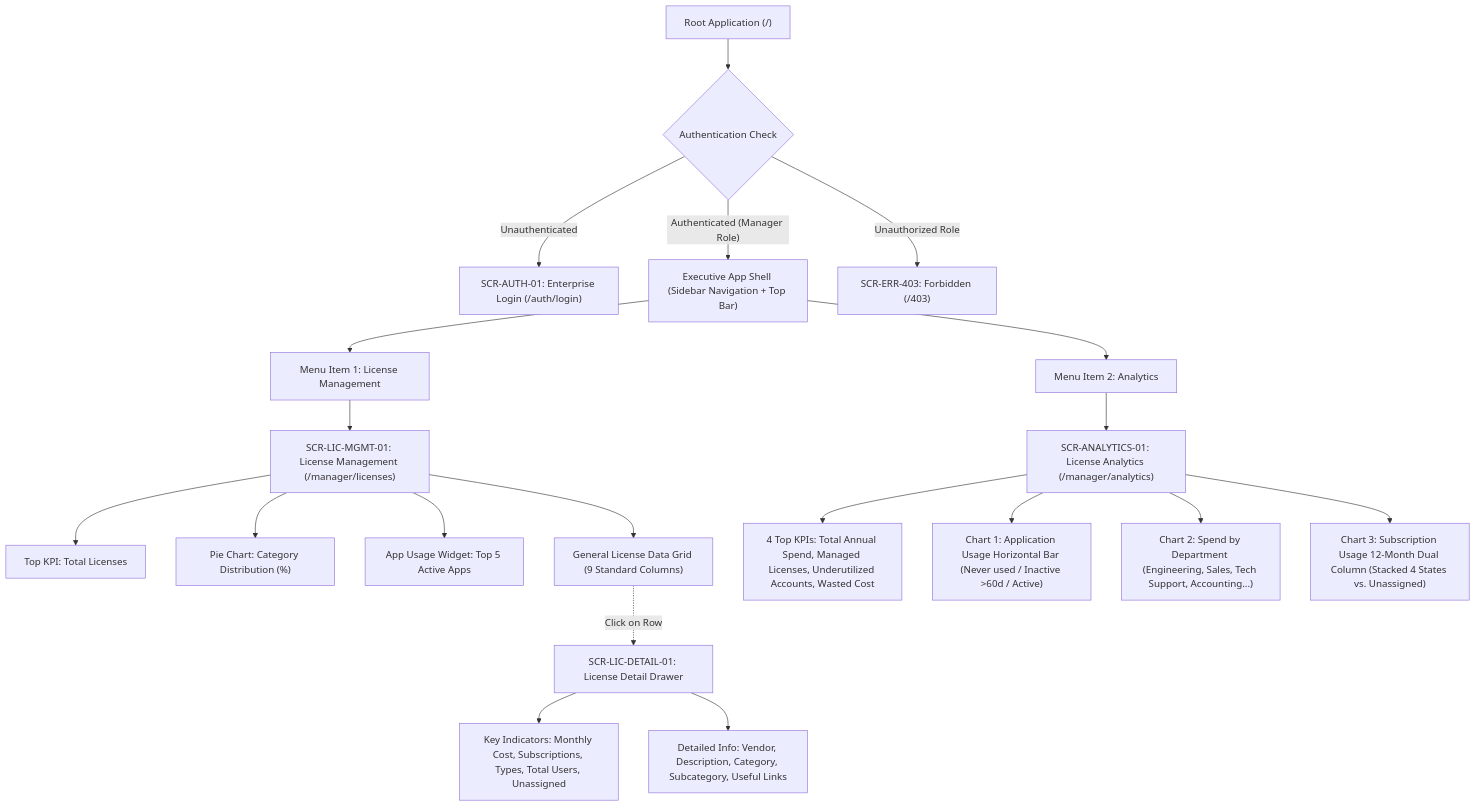
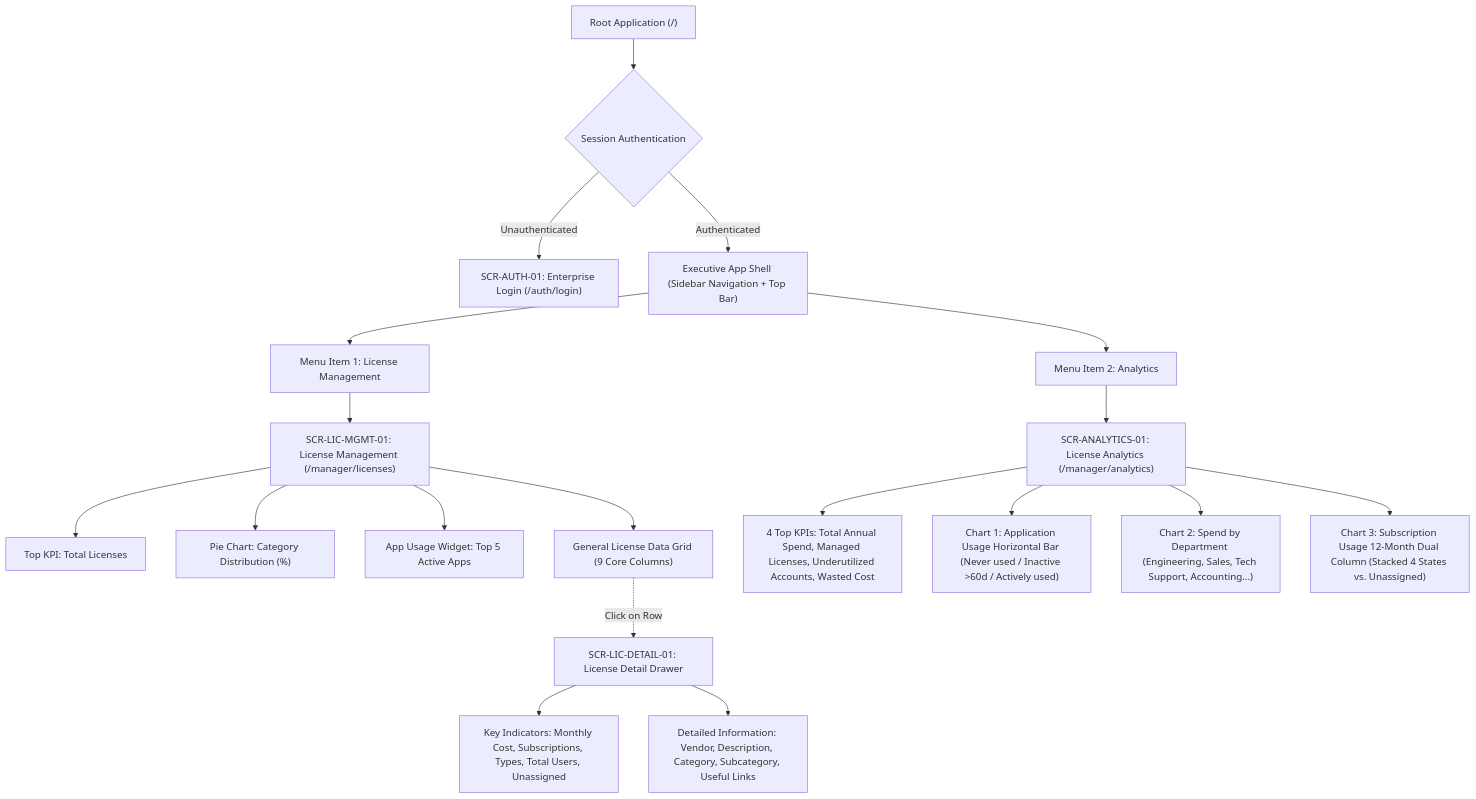
One commit to cuonglpv/VFast changed the first of 2 diagrams in docs/04-information-architecture-manager.md. Above: the diagram before and after it, drawn with Mermaid. The commit also changed other lines of this file, not shown here.

Commit message:
docs: translate information architecture to English and remove RBAC

````diff
--- a/docs/04-information-architecture-manager.md
+++ b/docs/04-information-architecture-manager.md
@@ -61,26 +59,25 @@
 ```mermaid
 flowchart TD
-    Root["Root Application (/)"] --> AuthCheck{"Authentication Check"}
+    Root["Root Application (/)"] --> AuthCheck{"Session Authentication"}
     AuthCheck -->|"Unauthenticated"| SCR_AUTH["SCR-AUTH-01: Enterprise Login (/auth/login)"]
-    AuthCheck -->|"Authenticated (Manager Role)"| Shell["Executive App Shell (Sidebar Navigation + Top Bar)"]
-    AuthCheck -->|"Unauthorized Role"| SCR_403["SCR-ERR-403: Forbidden (/403)"]
+    AuthCheck -->|"Authenticated"| Shell["Executive App Shell (Sidebar Navigation + Top Bar)"]
 
     Shell --> Nav1["Menu Item 1: License Management"]
     Shell --> Nav2["Menu Item 2: Analytics"]
 
     Nav1 --> SCR_LIC_MGMT["SCR-LIC-MGMT-01: License Management (/manager/licenses)"]
     SCR_LIC_MGMT --> Sub_KPI1["Top KPI: Total Licenses"]
     SCR_LIC_MGMT --> Sub_Pie["Pie Chart: Category Distribution (%)"]
     SCR_LIC_MGMT --> Sub_Top5["App Usage Widget: Top 5 Active Apps"]
-    SCR_LIC_MGMT --> Sub_Table["General License Data Grid (9 Standard Columns)"]
+    SCR_LIC_MGMT --> Sub_Table["General License Data Grid (9 Core Columns)"]
 
     Sub_Table -.->|"Click on Row"| SCR_LIC_DETAIL["SCR-LIC-DETAIL-01: License Detail Drawer"]
     SCR_LIC_DETAIL --> Det_Key["Key Indicators: Monthly Cost, Subscriptions, Types, Total Users, Unassigned"]
-    SCR_LIC_DETAIL --> Det_Info["Detailed Info: Vendor, Description, Category, Subcategory, Useful Links"]
+    SCR_LIC_DETAIL --> Det_Info["Detailed Information: Vendor, Description, Category, Subcategory, Useful Links"]
 
     Nav2 --> SCR_ANALYTICS["SCR-ANALYTICS-01: License Analytics (/manager/analytics)"]
     SCR_ANALYTICS --> Ana_KPIs["4 Top KPIs: Total Annual Spend, Managed Licenses, Underutilized Accounts, Wasted Cost"]
-    SCR_ANALYTICS --> Ana_Chart1["Chart 1: Application Usage Horizontal Bar (Never used / Inactive >60d / Active)"]
+    SCR_ANALYTICS --> Ana_Chart1["Chart 1: Application Usage Horizontal Bar (Never used / Inactive >60d / Actively used)"]
     SCR_ANALYTICS --> Ana_Chart2["Chart 2: Spend by Department (Engineering, Sales, Tech Support, Accounting...)"]
     SCR_ANALYTICS --> Ana_Chart3["Chart 3: Subscription Usage 12-Month Dual Column (Stacked 4 States vs. Unassigned)"]
 ```
````
